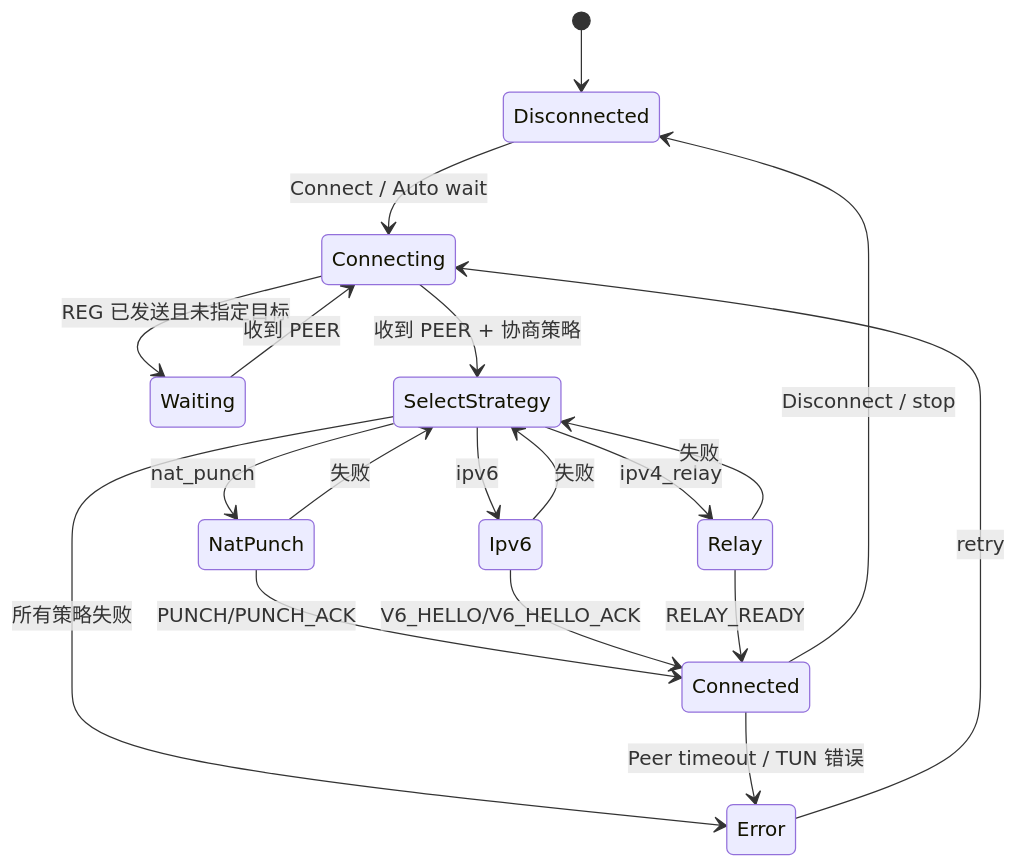
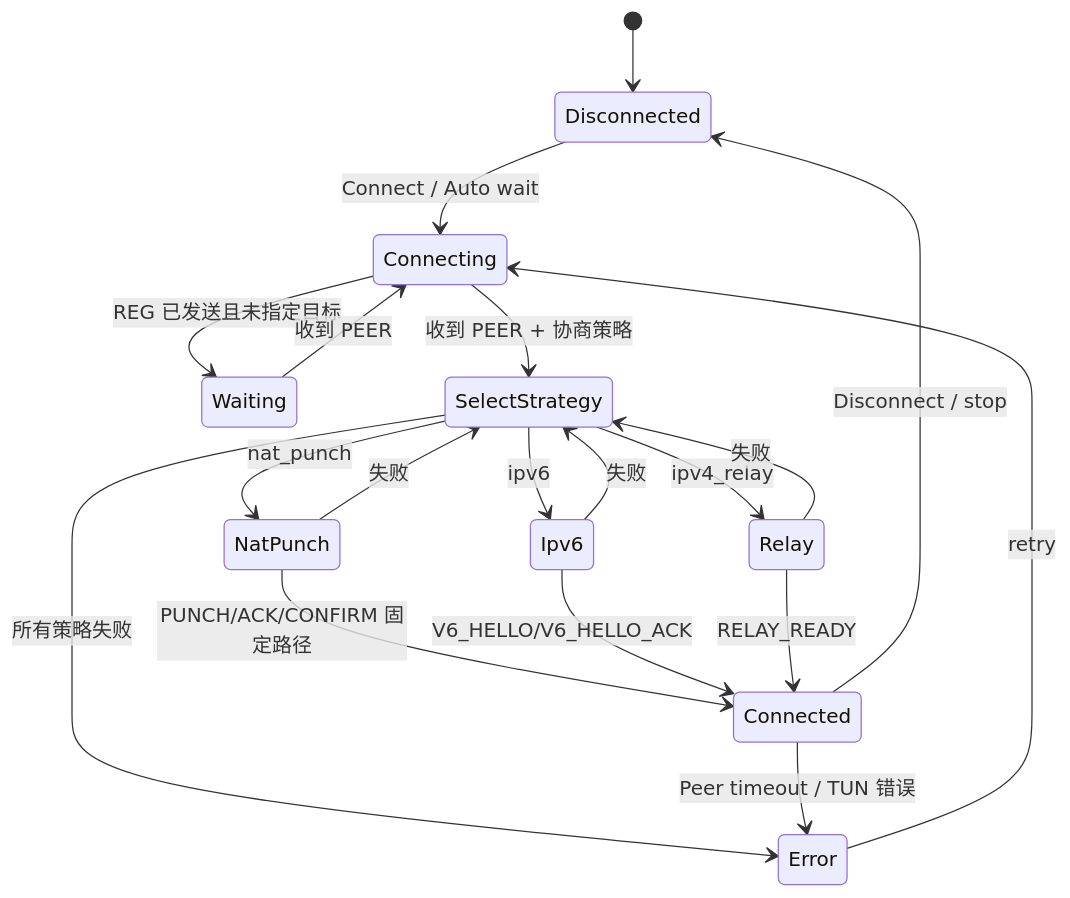
Before and after one commit to celeron633/EasyTunnel: the first of 4 diagrams in doc/state-machine.md, drawn with Mermaid. The commit also changed other lines of this file and 12 other files, not shown here.

Commit message:
fix(nat): confirm a single punch path before receiver handoff

````diff
--- a/doc/state-machine.md
+++ b/doc/state-machine.md
@@ -8,21 +8,21 @@
 ```mermaid
 stateDiagram-v2
     [*] --> Disconnected
     Disconnected --> Connecting: Connect / Auto wait
     Connecting --> Waiting: REG 已发送且未指定目标
     Waiting --> Connecting: 收到 PEER
     Connecting --> SelectStrategy: 收到 PEER + 协商策略
     SelectStrategy --> NatPunch: nat_punch
     SelectStrategy --> Ipv6: ipv6
     SelectStrategy --> Relay: ipv4_relay
-    NatPunch --> Connected: PUNCH/PUNCH_ACK
+    NatPunch --> Connected: PUNCH/ACK/CONFIRM 固定路径
     Ipv6 --> Connected: V6_HELLO/V6_HELLO_ACK
     Relay --> Connected: RELAY_READY
     NatPunch --> SelectStrategy: 失败
     Ipv6 --> SelectStrategy: 失败
     Relay --> SelectStrategy: 失败
     SelectStrategy --> Error: 所有策略失败
     Connected --> Error: Peer timeout / TUN 错误
     Connected --> Disconnected: Disconnect / stop
     Error --> Connecting: retry
 ```
````
